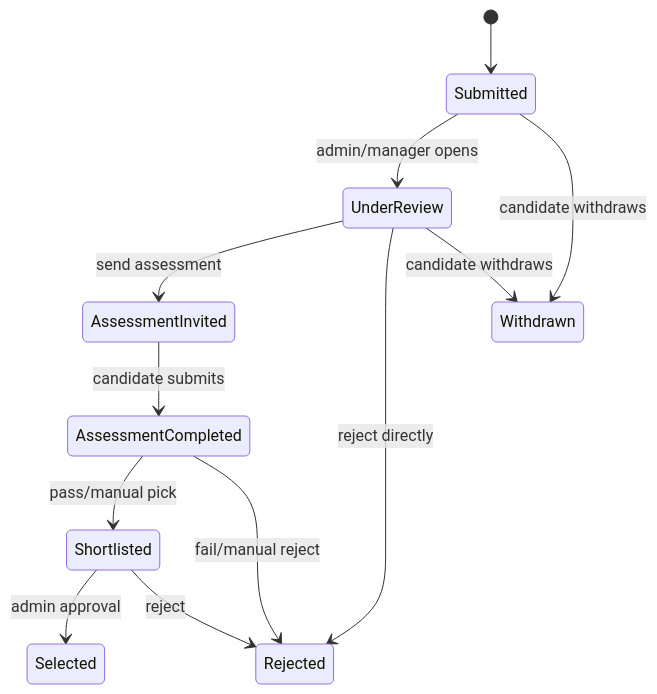
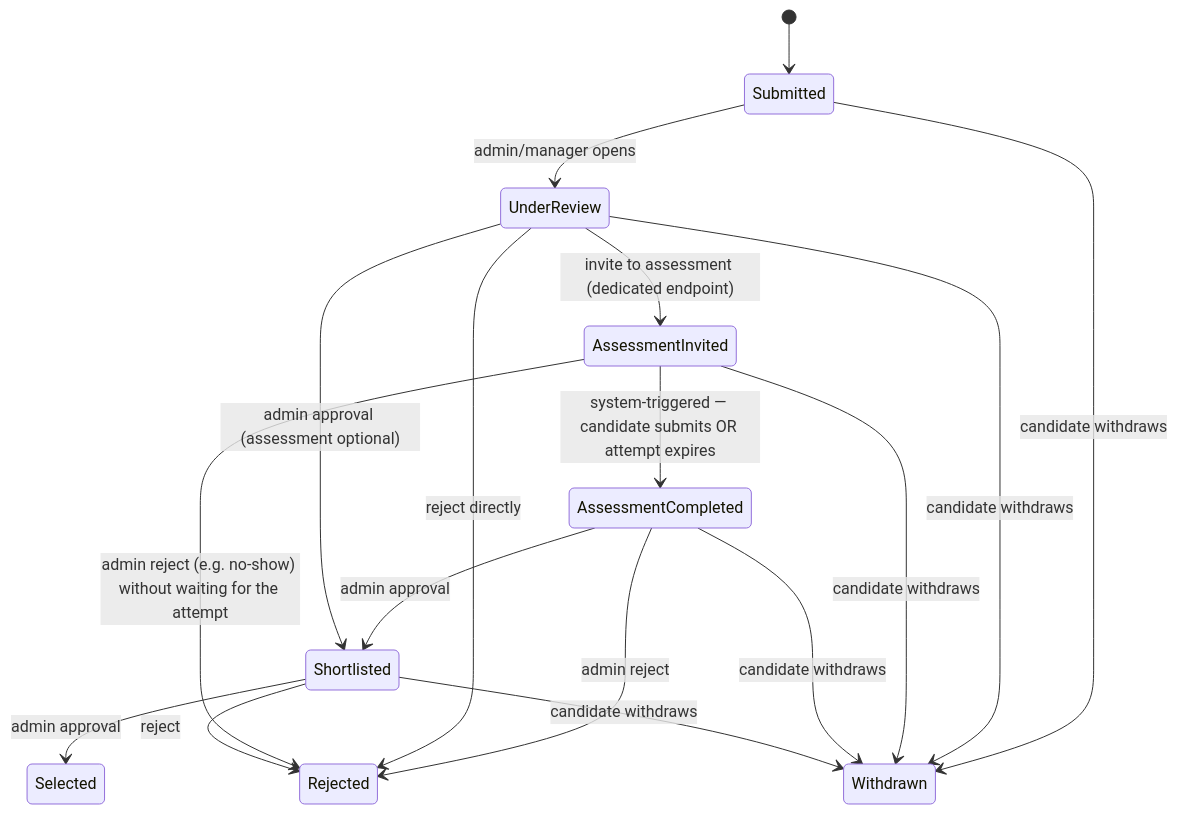
Before and after one commit to vaibhavpetkar/inveontechnologies-website: the second of 3 diagrams in docs/state-machines.md, drawn with Mermaid. The commit also changed other lines of this file and 11 other files, not shown here.

````diff
--- a/docs/state-machines.md
+++ b/docs/state-machines.md
@@ -18,14 +18,19 @@
 ```mermaid
 stateDiagram-v2
     [*] --> Submitted
     Submitted --> UnderReview: admin/manager opens
-    UnderReview --> AssessmentInvited: send assessment
-    AssessmentInvited --> AssessmentCompleted: candidate submits
-    AssessmentCompleted --> Shortlisted: pass/manual pick
-    AssessmentCompleted --> Rejected: fail/manual reject
+    UnderReview --> AssessmentInvited: invite to assessment (dedicated endpoint)
+    AssessmentInvited --> AssessmentCompleted: system-triggered — candidate submits OR attempt expires
+    AssessmentCompleted --> Shortlisted: admin approval
+    AssessmentCompleted --> Rejected: admin reject
+    UnderReview --> Shortlisted: admin approval (assessment optional)
     UnderReview --> Rejected: reject directly
+    AssessmentInvited --> Rejected: admin reject (e.g. no-show) without waiting for the attempt
     Shortlisted --> Selected: admin approval
     Shortlisted --> Rejected: reject
     Submitted --> Withdrawn: candidate withdraws
     UnderReview --> Withdrawn: candidate withdraws
+    AssessmentInvited --> Withdrawn: candidate withdraws
+    AssessmentCompleted --> Withdrawn: candidate withdraws
+    Shortlisted --> Withdrawn: candidate withdraws
 ```
````
